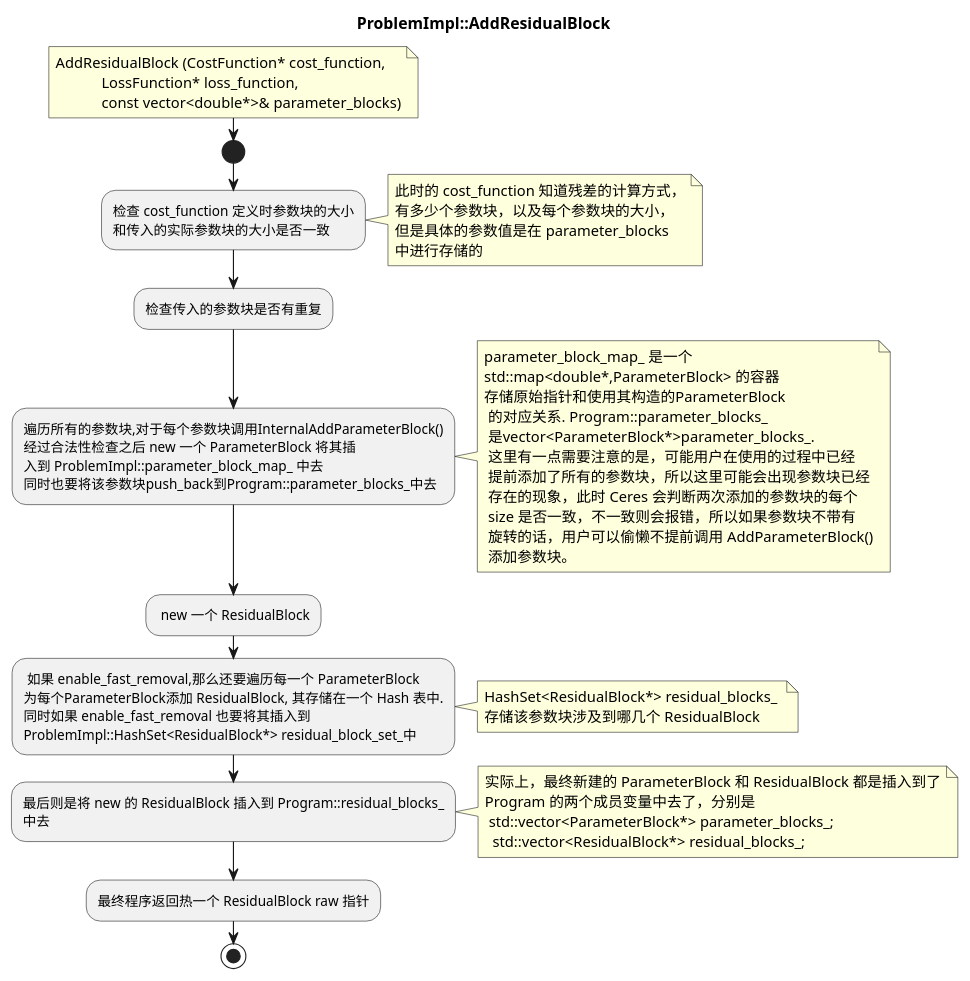
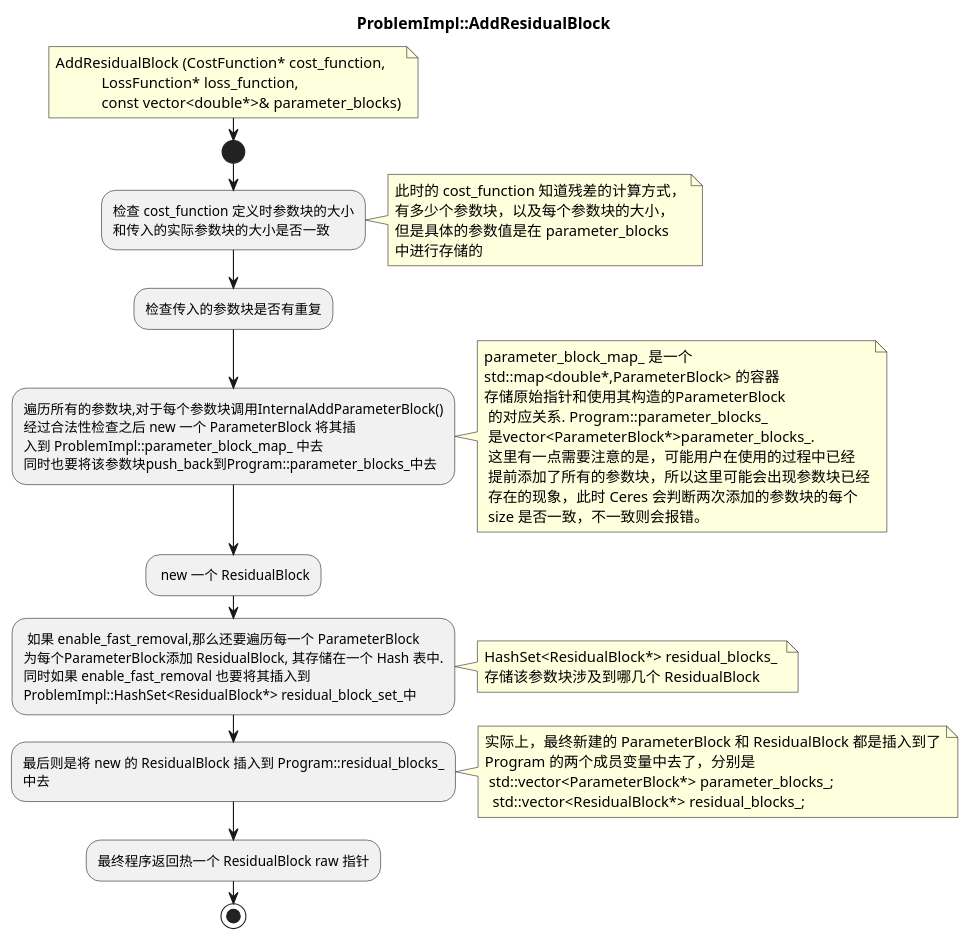
The diagram in tiny_ceres_solver/doc/uml/addResidual.puml (weihaoysgs/vio-hello-world-impl), drawn with PlantUML before and after one commit. The commit also changed 1 other file, not shown here.

Commit message:
update preprocess puml flow

```diff
--- a/tiny_ceres_solver/doc/uml/addResidual.puml
+++ b/tiny_ceres_solver/doc/uml/addResidual.puml
@@ -1,55 +1,53 @@
 @startuml
 title ProblemImpl::AddResidualBlock
 note right
 AddResidualBlock (CostFunction* cost_function, 
             LossFunction* loss_function, 
             const vector<double*>& parameter_blocks)
 end note
 start
 :检查 cost_function 定义时参数块的大小
 和传入的实际参数块的大小是否一致 ;
 note right
   此时的 cost_function 知道残差的计算方式，
   有多少个参数块，以及每个参数块的大小，
   但是具体的参数值是在 parameter_blocks 
   中进行存储的
 end note
 :检查传入的参数块是否有重复;
 :遍历所有的参数块,对于每个参数块调用InternalAddParameterBlock()
 经过合法性检查之后 new 一个 ParameterBlock 将其插
 入到 ProblemImpl::parameter_block_map_ 中去
 同时也要将该参数块push_back到Program::parameter_blocks_中去;
 note right
   parameter_block_map_ 是一个 
   std::map<double*,ParameterBlock> 的容器
   存储原始指针和使用其构造的ParameterBlock
    的对应关系. Program::parameter_blocks_
    是vector<ParameterBlock*>parameter_blocks_.
    这里有一点需要注意的是，可能用户在使用的过程中已经
    提前添加了所有的参数块，所以这里可能会出现参数块已经
    存在的现象，此时 Ceres 会判断两次添加的参数块的每个
-   size 是否一致，不一致则会报错，所以如果参数块不带有
-   旋转的话，用户可以偷懒不提前调用 AddParameterBlock()
-   添加参数块。
+   size 是否一致，不一致则会报错。
 end note
 : new 一个 ResidualBlock;
 : 如果 enable_fast_removal,那么还要遍历每一个 ParameterBlock
 为每个ParameterBlock添加 ResidualBlock, 其存储在一个 Hash 表中.
 同时如果 enable_fast_removal 也要将其插入到 
 ProblemImpl::HashSet<ResidualBlock*> residual_block_set_中;
 note right
 HashSet<ResidualBlock*> residual_blocks_ 
 存储该参数块涉及到哪几个 ResidualBlock
 end note
 :最后则是将 new 的 ResidualBlock 插入到 Program::residual_blocks_
 中去;
 note right
 实际上，最终新建的 ParameterBlock 和 ResidualBlock 都是插入到了
 Program 的两个成员变量中去了，分别是
  std::vector<ParameterBlock*> parameter_blocks_;
   std::vector<ResidualBlock*> residual_blocks_;
 end note
 :最终程序返回热一个 ResidualBlock raw 指针;
 stop
 
 @enduml
```
